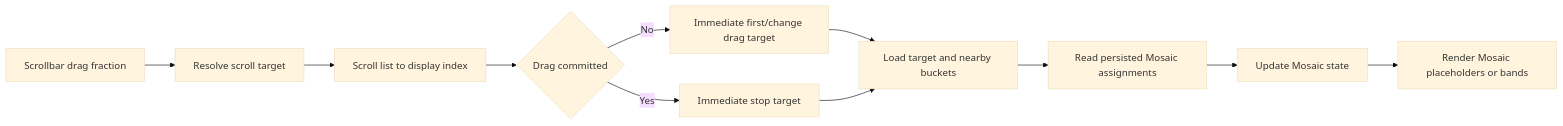
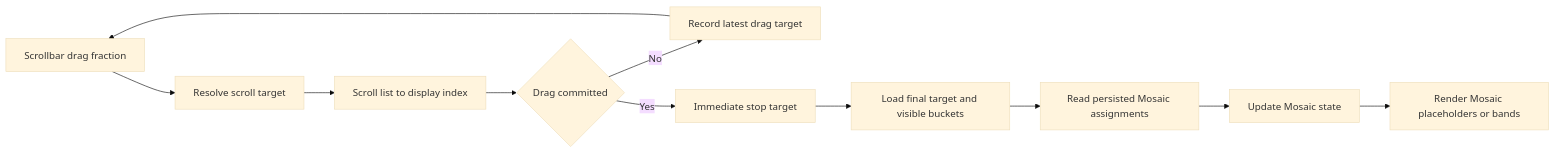
Before and after one commit to ch4ndu/ImmichGallery: the fifth of 6 diagrams in docs/timeline.md, drawn with Mermaid (base theme). The commit also changed other lines of this file and 18 other files, not shown here.

Commit message:
Speed up Mosaic timeline scrolling

````diff
--- a/docs/timeline.md
+++ b/docs/timeline.md
@@ -438,13 +438,13 @@
 ```mermaid
 graph LR
     drag["Scrollbar drag fraction"] --> target["Resolve scroll target"]
     target --> scroll["Scroll list to display index"]
     scroll --> commit{"Drag committed"}
-    commit -->|No| dragTarget["Immediate first/change drag target"]
+    commit -->|No| dragTarget["Record latest drag target"]
     commit -->|Yes| stop["Immediate stop target"]
-    dragTarget --> load["Load target and nearby buckets"]
-    stop --> load
+    dragTarget --> drag
+    stop --> load["Load final target and visible buckets"]
     load --> read["Read persisted Mosaic assignments"]
     read --> state["Update Mosaic state"]
     state --> render["Render Mosaic placeholders or bands"]
 ```
````
